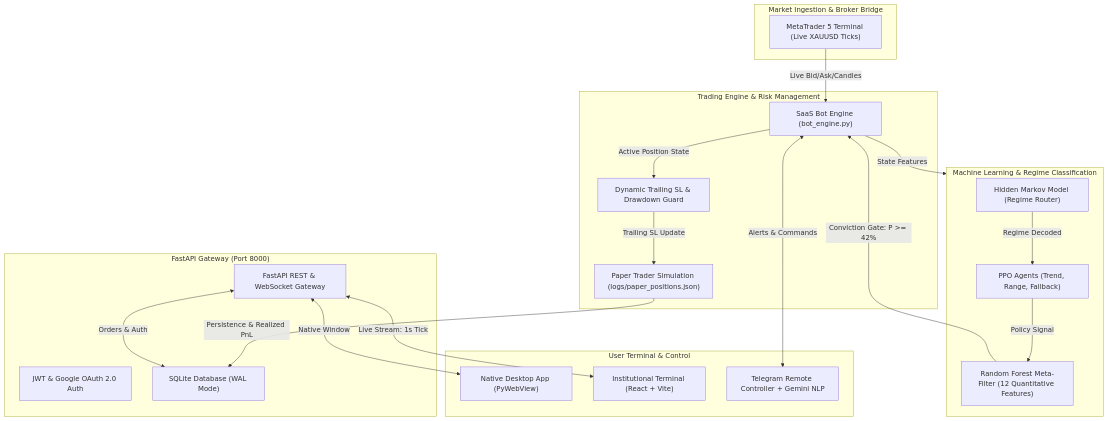
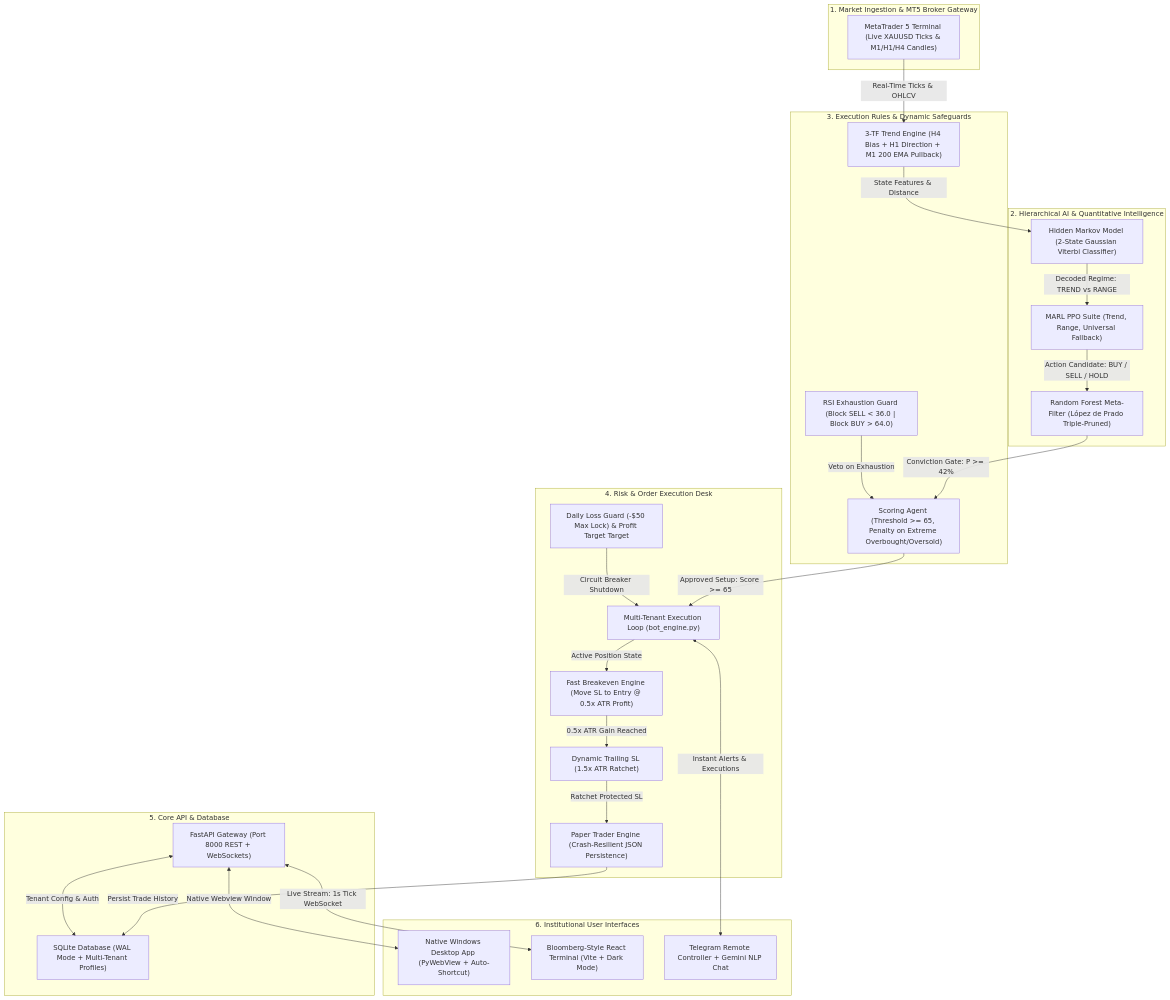
One commit to sahil5812/Nur changed the diagram in README.md. Above: the diagram before and after it, drawn with Mermaid. The commit also changed other lines of this file, not shown here.

Commit message:
docs: overhaul README with institutional architecture, triple-pruning VIF, and live telemetry

````diff
--- a/README.md
+++ b/README.md
@@ -19,45 +39,56 @@
 ```mermaid
 graph TD
-    subgraph MarketFeeds ["Market Ingestion & Broker Bridge"]
-        MT5["MetaTrader 5 Terminal (Live XAUUSD Ticks)"]
+    subgraph MarketFeeds ["1. Market Ingestion & MT5 Broker Gateway"]
+        MT5["MetaTrader 5 Terminal (Live XAUUSD Ticks & M1/H1/H4 Candles)"]
     end
 
-    subgraph IntelligenceLayer ["Machine Learning & Regime Classification"]
-        HMM["Hidden Markov Model (Regime Router)"]
-        MARL["PPO Agents (Trend, Range, Fallback)"]
-        RF["Random Forest Meta-Filter (12 Quantitative Features)"]
+    subgraph IntelligenceLayer ["2. Hierarchical AI & Quantitative Intelligence"]
+        HMM["Hidden Markov Model (2-State Gaussian Viterbi Classifier)"]
+        MARL["MARL PPO Suite (Trend, Range, Universal Fallback)"]
+        RF["Random Forest Meta-Filter (López de Prado Triple-Pruned)"]
     end
 
-    subgraph CoreEngine ["Trading Engine & Risk Management"]
-        BotEngine["SaaS Bot Engine (bot_engine.py)"]
-        RiskGuard["Dynamic Trailing SL & Drawdown Guard"]
-        PaperTrader["Paper Trader Simulation (logs/paper_positions.json)"]
+    subgraph TechnicalGuards ["3. Execution Rules & Dynamic Safeguards"]
+        MTF["3-TF Trend Engine (H4 Bias + H1 Direction + M1 200 EMA Pullback)"]
+        RSIGuard["RSI Exhaustion Guard (Block SELL < 36.0 | Block BUY > 64.0)"]
+        Scoring["Scoring Agent (Threshold >= 65, Penalty on Extreme Overbought/Oversold)"]
     end
 
-    subgraph Backend ["FastAPI Gateway (Port 8000)"]
-        FastAPI["FastAPI REST & WebSocket Gateway"]
-        AuthJWT["JWT & Google OAuth 2.0 Auth"]
-        DB["SQLite Database (WAL Mode)"]
+    subgraph RiskEngine ["4. Risk & Order Execution Desk"]
+        BotEngine["Multi-Tenant Execution Loop (bot_engine.py)"]
+        FastBE["Fast Breakeven Engine (Move SL to Entry @ 0.5x ATR Profit)"]
+        TrailSL["Dynamic Trailing SL (1.5x ATR Ratchet)"]
+        DailyLock["Daily Loss Guard (-$50 Max Lock) & Profit Target Target"]
+        PaperTrader["Paper Trader Engine (Crash-Resilient JSON Persistence)"]
     end
 
-    subgraph ClientInterfaces ["User Terminal & Control"]
-        DesktopApp["Native Desktop App (PyWebView)"]
-        ReactUI["Institutional Terminal (React + Vite)"]
-        TelegramBot["Telegram Remote Controller + Gemini NLP"]
+    subgraph Backend ["5. Core API & Database"]
+        FastAPI["FastAPI Gateway (Port 8000 REST + WebSockets)"]
+        DB["SQLite Database (WAL Mode + Multi-Tenant Profiles)"]
     end
 
-    MT5 -->|Live Bid/Ask/Candles| BotEngine
-    BotEngine -->|State Features| IntelligenceLayer
-    HMM -->|Regime Decoded| MARL
-    MARL -->|Policy Signal| RF
-    RF -->|Conviction Gate: P >= 42%| BotEngine
+    subgraph ClientInterfaces ["6. Institutional User Interfaces"]
+        DesktopApp["Native Windows Desktop App (PyWebView + Auto-Shortcut)"]
+        ReactUI["Bloomberg-Style React Terminal (Vite + Dark Mode)"]
+        TelegramBot["Telegram Remote Controller + Gemini NLP Chat"]
+    end
 
-    BotEngine -->|Active Position State| RiskGuard
-    RiskGuard -->|Trailing SL Update| PaperTrader
-    PaperTrader -->|Persistence & Realized PnL| DB
+    MT5 -->|Real-Time Ticks & OHLCV| MTF
+    MTF -->|State Features & Distance| HMM
+    HMM -->|Decoded Regime: TREND vs RANGE| MARL
+    MARL -->|Action Candidate: BUY / SELL / HOLD| RF
+    RF -->|Conviction Gate: P >= 42%| Scoring
+    RSIGuard -->|Veto on Exhaustion| Scoring
+    Scoring -->|Approved Setup: Score >= 65| BotEngine
 
-    FastAPI <-->|Live Stream: 1s Tick| ReactUI
-    FastAPI <-->|Native Window| DesktopApp
-    BotEngine <-->|Alerts & Commands| TelegramBot
-    FastAPI <-->|Orders & Auth| DB
+    BotEngine -->|Active Position State| FastBE
+    FastBE -->|0.5x ATR Gain Reached| TrailSL
+    TrailSL -->|Ratchet Protected SL| PaperTrader
+    PaperTrader -->|Persist Trade History| DB
+    DailyLock -->|Circuit Breaker Shutdown| BotEngine
+
+    FastAPI <-->|Live Stream: 1s Tick WebSocket| ReactUI
+    FastAPI <-->|Native Webview Window| DesktopApp
+    BotEngine <-->|Instant Alerts & Executions| TelegramBot
+    FastAPI <-->|Tenant Config & Auth| DB
 ```
````
